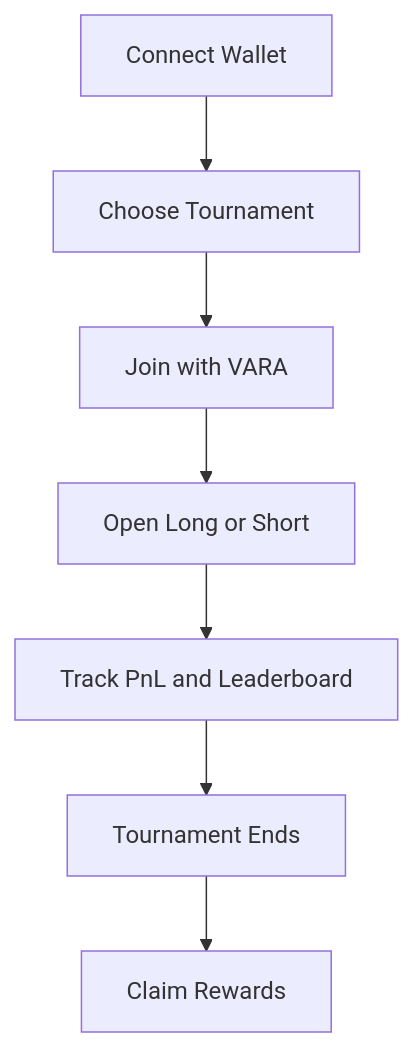
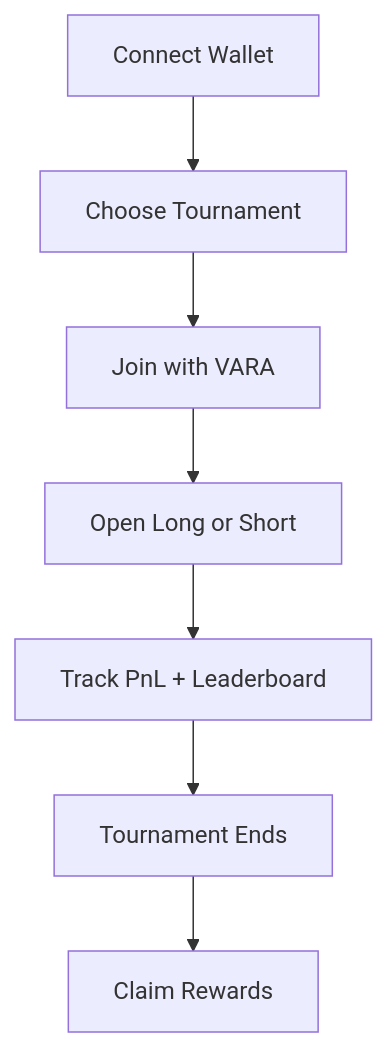
One commit to shashwatweb3/tradevault-arena changed the first of 4 diagrams in docs/TRADEVAULT_ARENA_OVERVIEW.md. Above: the diagram before and after it, drawn with Mermaid. The commit also changed other lines of this file and 3 other files, not shown here.

Commit message:
docs: add polished interactive docs page with diagrams

````diff
--- a/docs/TRADEVAULT_ARENA_OVERVIEW.md
+++ b/docs/TRADEVAULT_ARENA_OVERVIEW.md
@@ -124,9 +51,9 @@
 ```mermaid
 flowchart TD
-  A[Connect Wallet] --> B[Choose Tournament]
-  B --> C[Join with VARA]
-  C --> D[Open Long or Short]
-  D --> E[Track PnL and Leaderboard]
-  E --> F[Tournament Ends]
-  F --> G[Claim Rewards]
+A[Connect Wallet] --> B[Choose Tournament]
+B --> C[Join with VARA]
+C --> D[Open Long or Short]
+D --> E[Track PnL + Leaderboard]
+E --> F[Tournament Ends]
+F --> G[Claim Rewards]
 ```
````
